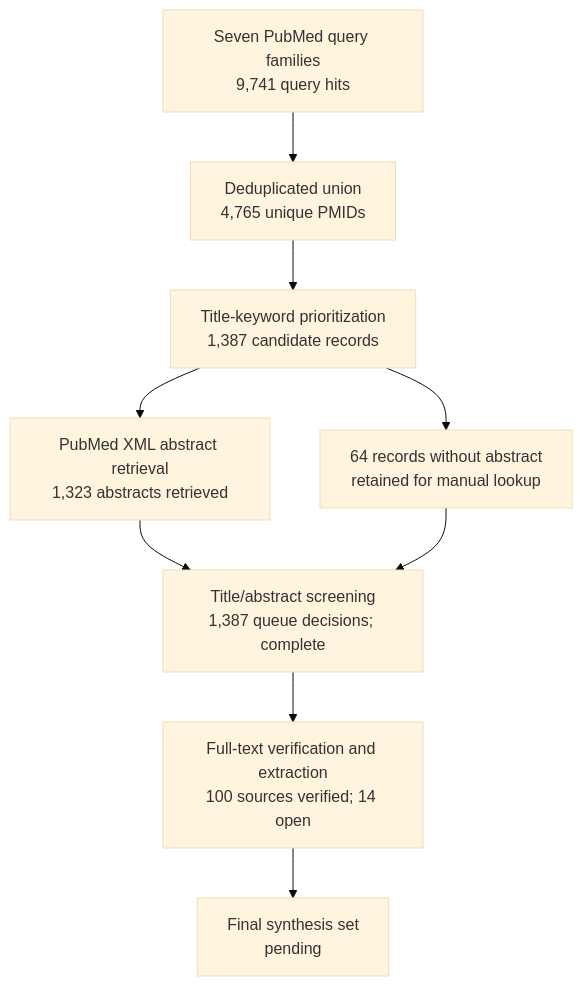
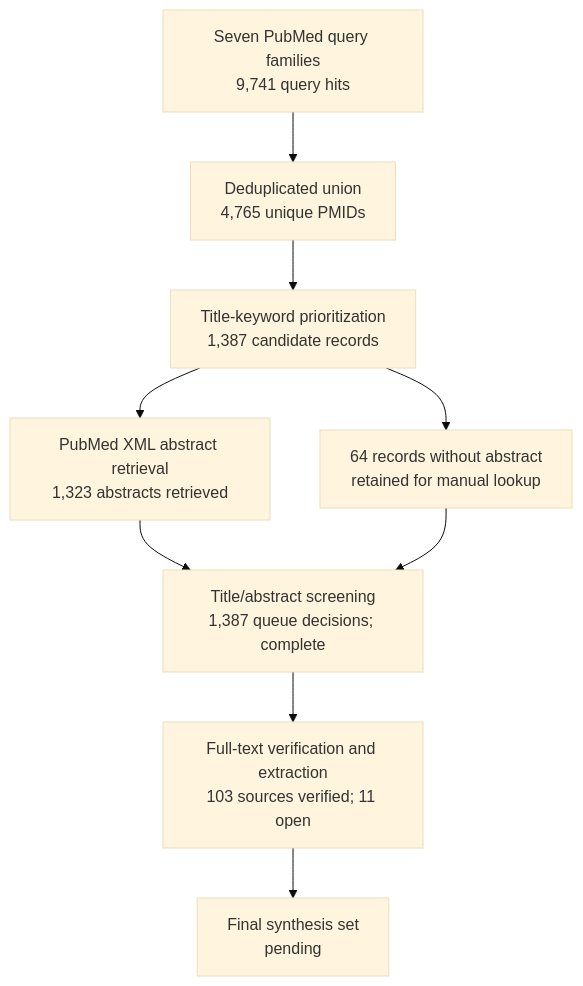
The diagram in manuscript/review-flow.md (dcmcshan/artemisia), drawn with Mermaid (base theme) before and after one commit. The commit also changed other lines of this file and 11 other files, not shown here.

````diff
--- a/manuscript/review-flow.md
+++ b/manuscript/review-flow.md
@@ -5,11 +5,11 @@
 ```mermaid
 flowchart TB
   Q[Seven PubMed query families<br/>9,741 query hits] --> U[Deduplicated union<br/>4,765 unique PMIDs]
   U --> T[Title-keyword prioritization<br/>1,387 candidate records]
   T --> A[PubMed XML abstract retrieval<br/>1,323 abstracts retrieved]
   T --> N[64 records without abstract<br/>retained for manual lookup]
   A --> M[Title/abstract screening<br/>1,387 queue decisions; complete]
   N --> M
-  M --> F[Full-text verification and extraction<br/>100 sources verified; 14 open]
+  M --> F[Full-text verification and extraction<br/>103 sources verified; 11 open]
   F --> S[Final synthesis set<br/>pending]
 ```
````
